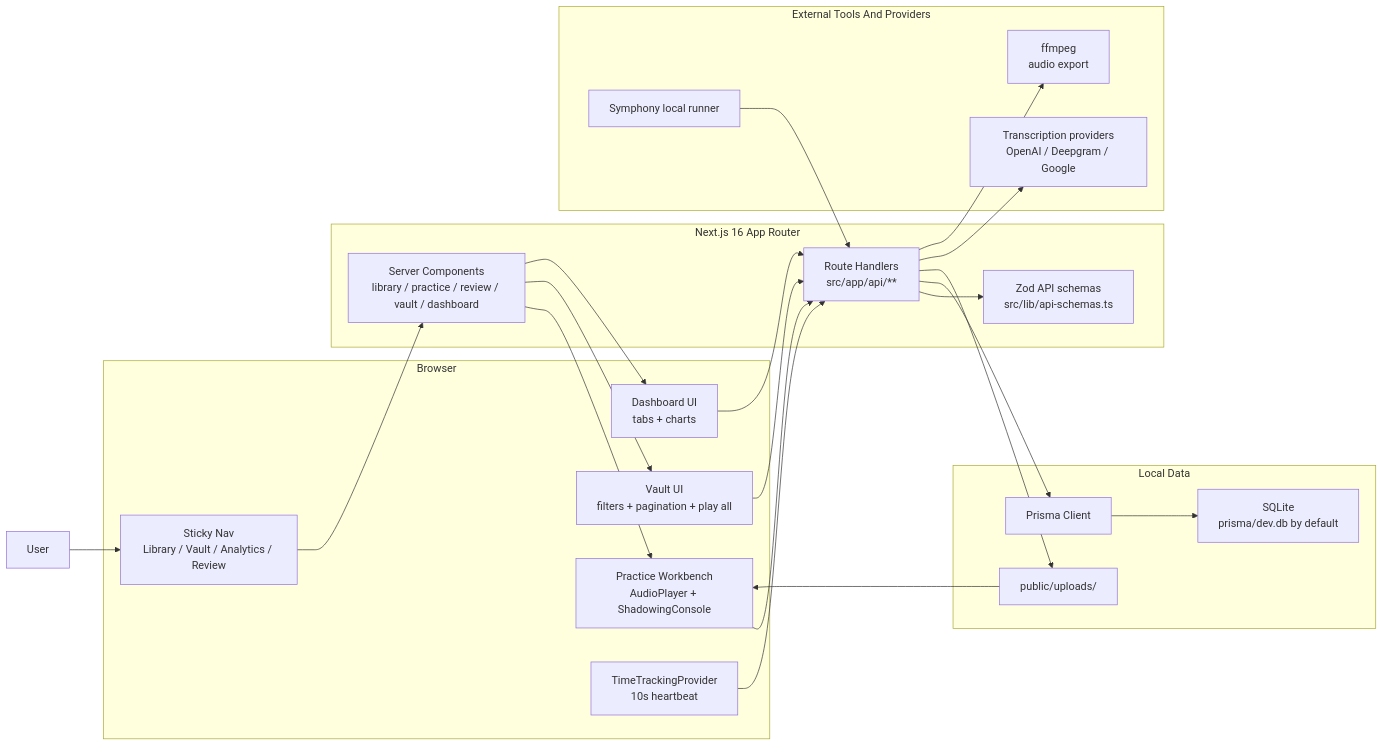
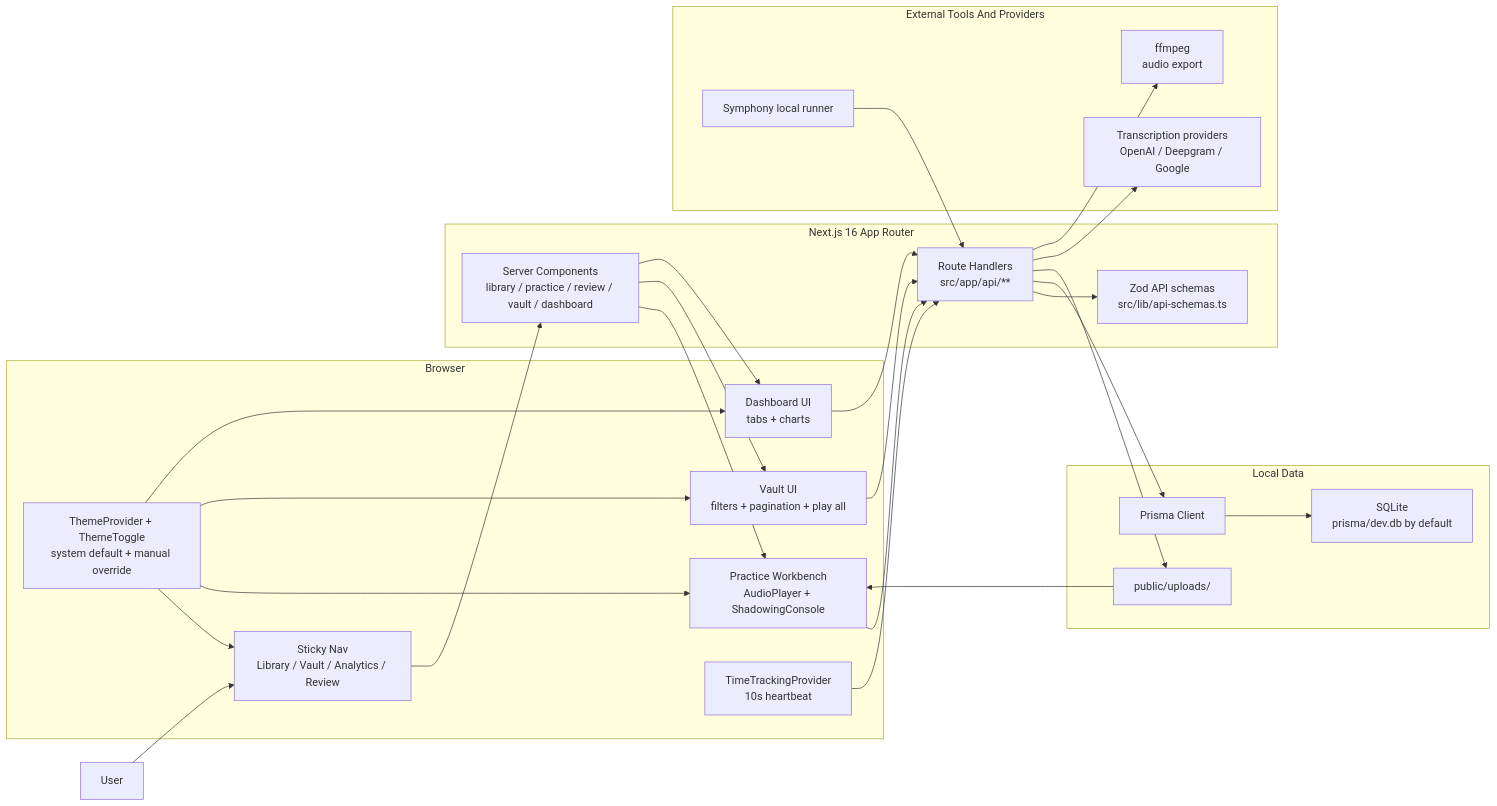
The first of 4 diagrams in docs/architecture.md (zhouchangju/DeepListener), drawn with Mermaid before and after one commit. The commit also changed other lines of this file and 62 other files, not shown here.

````diff
--- a/docs/architecture.md
+++ b/docs/architecture.md
@@ -9,48 +9,53 @@
 ```mermaid
 flowchart LR
   User["User"]
 
   subgraph Browser["Browser"]
     Nav["Sticky Nav<br/>Library / Vault / Analytics / Review"]
     PracticeUI["Practice Workbench<br/>AudioPlayer + ShadowingConsole"]
     VaultUI["Vault UI<br/>filters + pagination + play all"]
     DashboardUI["Dashboard UI<br/>tabs + charts"]
+    Theme["ThemeProvider + ThemeToggle<br/>system default + manual override"]
     TimeTracking["TimeTrackingProvider<br/>10s heartbeat"]
   end
 
   subgraph NextApp["Next.js 16 App Router"]
     Pages["Server Components<br/>library / practice / review / vault / dashboard"]
     Api["Route Handlers<br/>src/app/api/**"]
     Schemas["Zod API schemas<br/>src/lib/api-schemas.ts"]
   end
 
   subgraph Data["Local Data"]
     Prisma["Prisma Client"]
     SQLite["SQLite<br/>prisma/dev.db by default"]
     Uploads["public/uploads/"]
   end
 
   subgraph External["External Tools And Providers"]
     STT["Transcription providers<br/>OpenAI / Deepgram / Google"]
     FFmpeg["ffmpeg<br/>audio export"]
     Symphony["Symphony local runner"]
   end
 
   User --> Nav
+  Theme --> Nav
+  Theme --> PracticeUI
+  Theme --> VaultUI
+  Theme --> DashboardUI
   Nav --> Pages
   Pages --> PracticeUI
   Pages --> VaultUI
   Pages --> DashboardUI
   PracticeUI --> Api
   VaultUI --> Api
   DashboardUI --> Api
   TimeTracking --> Api
   Api --> Schemas
   Api --> Prisma
   Prisma --> SQLite
   Api --> Uploads
   Uploads --> PracticeUI
   Api --> STT
   Api --> FFmpeg
   Symphony --> Api
 ```
````
